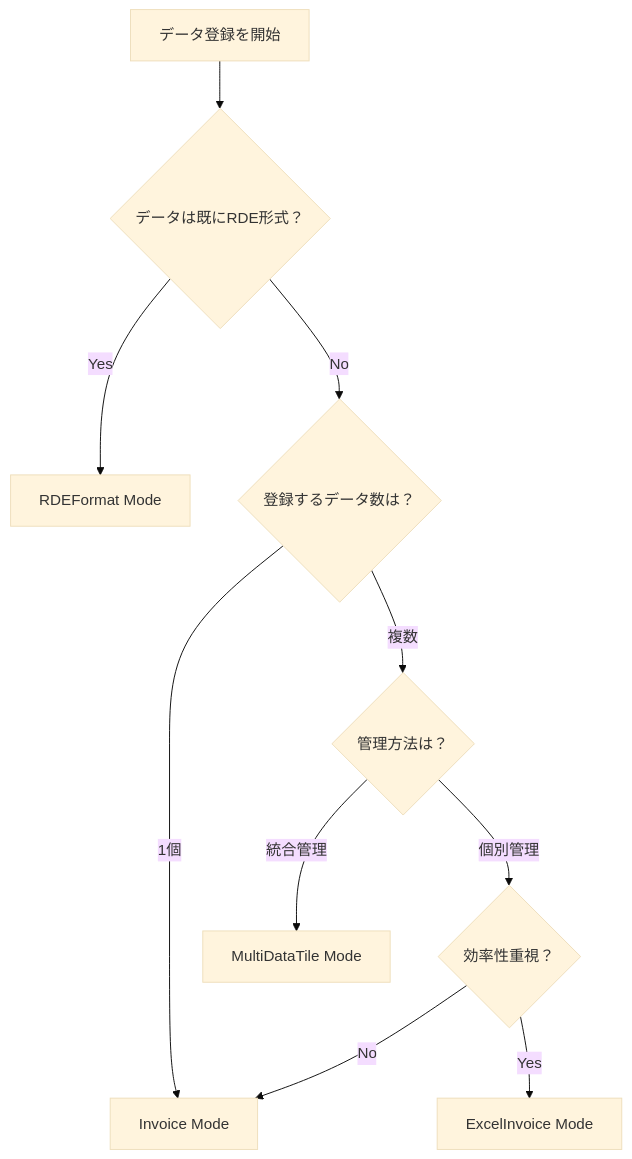
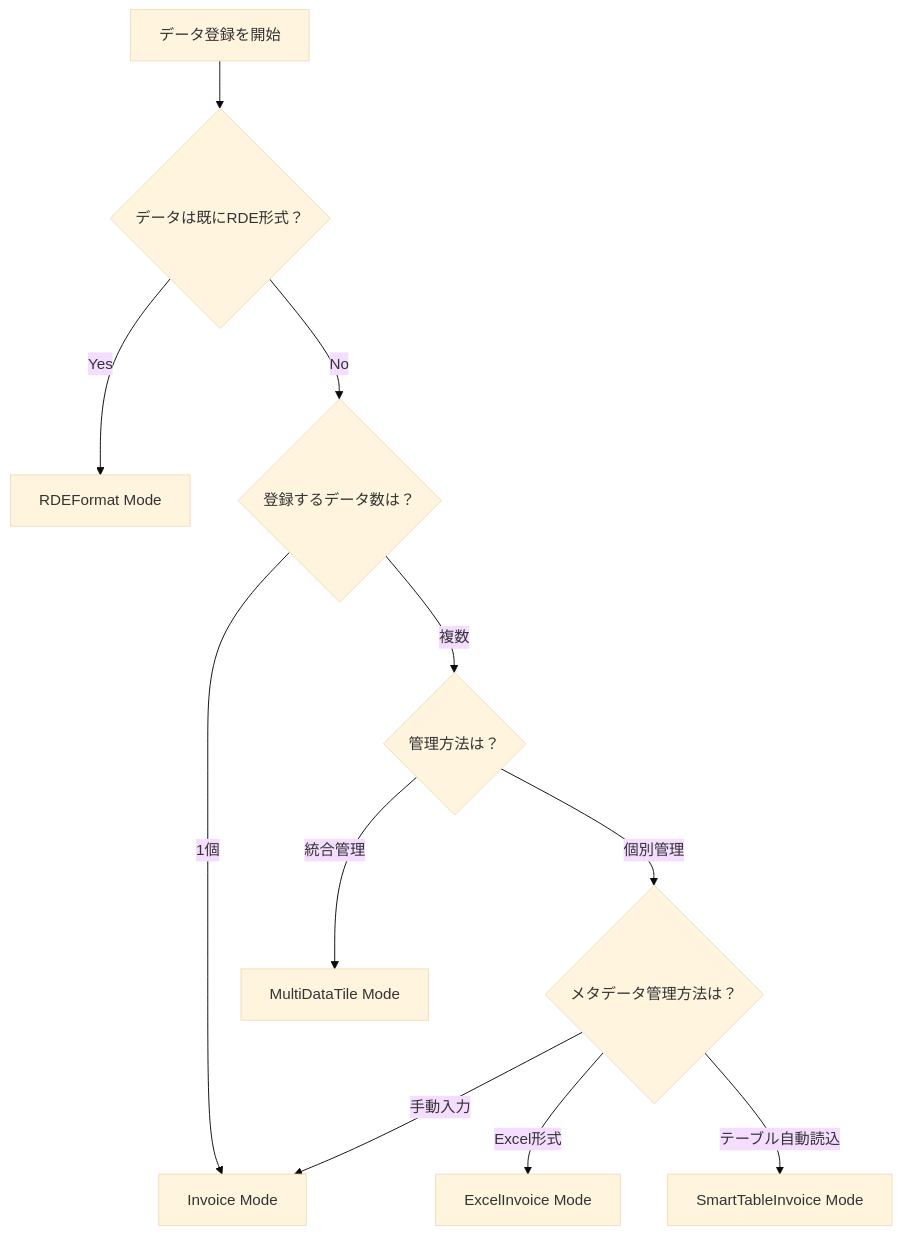
The second of 2 diagrams in docs/usage/config/mode.ja.md (nims-mdpf/rdetoolkit), drawn with Mermaid (base theme) before and after one commit. The commit also changed other lines of this file and 1 other file, not shown here.

Commit message:
docs: update mode documentation to include SmartTableInvoice mode

````diff
--- a/docs/usage/config/mode.ja.md
+++ b/docs/usage/config/mode.ja.md
@@ -177,12 +255,13 @@
 ```mermaid
 flowchart TD
     A[データ登録を開始] --> B{データは既にRDE形式？}
     B -->|Yes| C[RDEFormat Mode]
     B -->|No| D{登録するデータ数は？}
     D -->|1個| E[Invoice Mode]
     D -->|複数| F{管理方法は？}
-    F -->|個別管理| G{効率性重視？}
-    G -->|Yes| H[ExcelInvoice Mode]
-    G -->|No| E
-    F -->|統合管理| I[MultiDataTile Mode]
+    F -->|個別管理| G{メタデータ管理方法は？}
+    G -->|Excel形式| H[ExcelInvoice Mode]
+    G -->|テーブル自動読込| I[SmartTableInvoice Mode]
+    G -->|手動入力| E
+    F -->|統合管理| J[MultiDataTile Mode]
 ```
````
